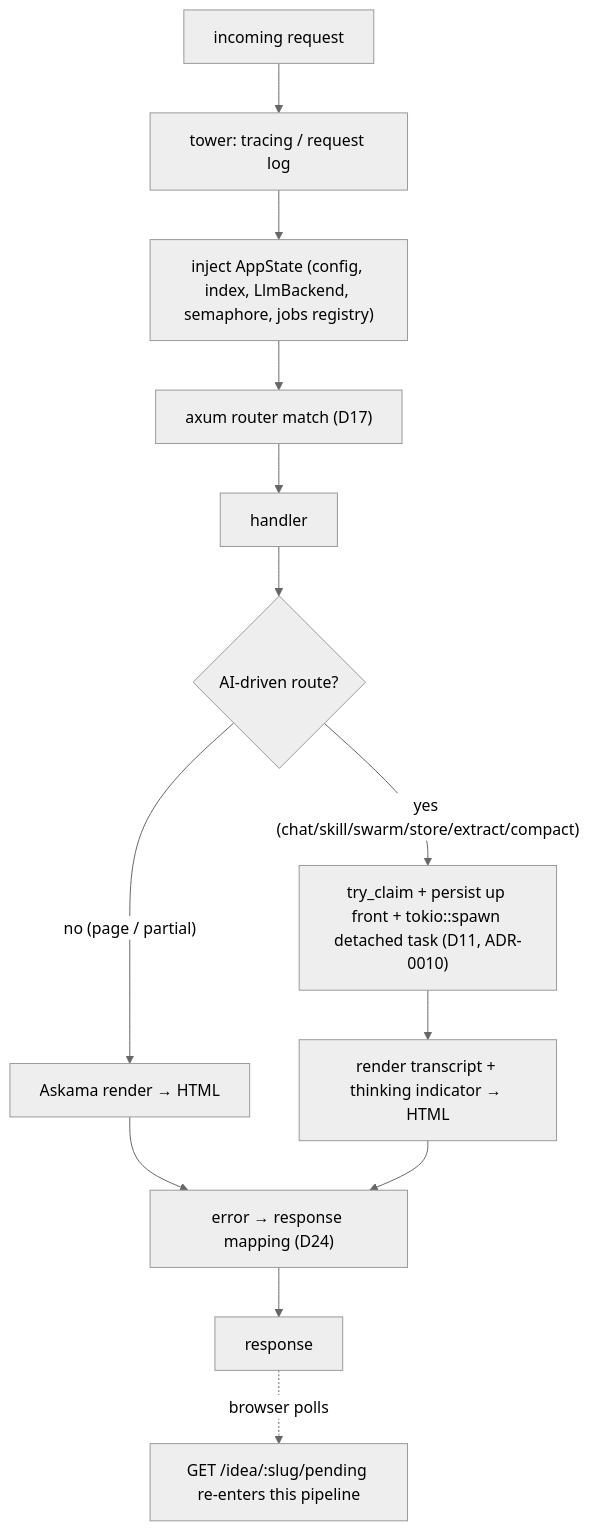
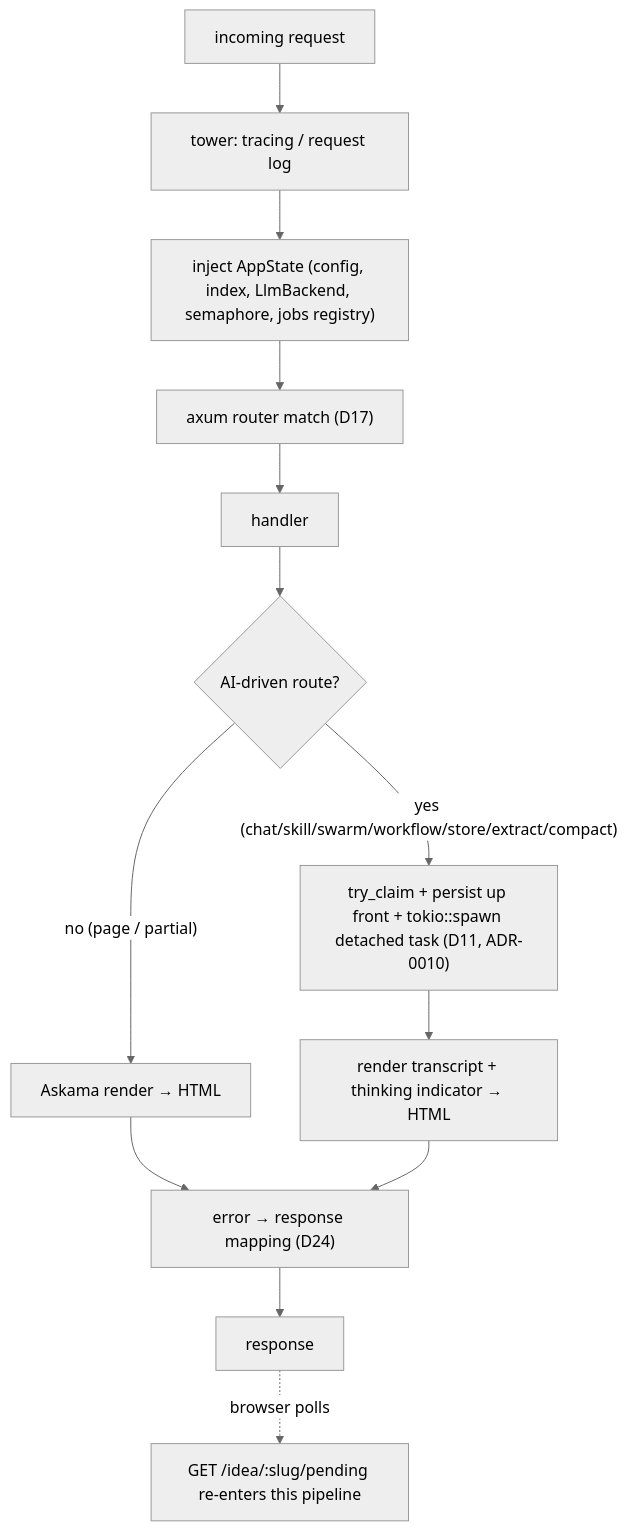
Before and after one commit to jasdian/idea-vault: the second of 2 diagrams in docs/09-web-ui.md, drawn with Mermaid (neutral theme). The commit also changed other lines of this file and 28 other files, not shown here.

First line of the commit message:
feat(ai,web): web access on both backends (ADR-0017) + workflow UI trigger (R22)

````diff
--- a/docs/09-web-ui.md
+++ b/docs/09-web-ui.md
@@ -96,15 +100,15 @@
 ```mermaid
 flowchart TD
     REQ["incoming request"] --> TRACE["tower: tracing / request log"]
     TRACE --> STATE["inject AppState (config, index, LlmBackend, semaphore, jobs registry)"]
     STATE --> ROUTE["axum router match (D17)"]
     ROUTE --> HANDLER["handler"]
     HANDLER --> BRANCH{"AI-driven route?"}
     BRANCH -- "no (page / partial)" --> RENDER["Askama render → HTML"]
-    BRANCH -- "yes (chat/skill/swarm/store/extract/compact)" --> JOBBR["try_claim + persist up front + tokio::spawn detached task (D11, ADR-0010)"]
+    BRANCH -- "yes (chat/skill/swarm/workflow/store/extract/compact)" --> JOBBR["try_claim + persist up front + tokio::spawn detached task (D11, ADR-0010)"]
     JOBBR --> RENDER2["render transcript + thinking indicator → HTML"]
     RENDER --> ERRMAP
     RENDER2 --> ERRMAP
     ERRMAP["error → response mapping (D24)"] --> RESP["response"]
     RESP -.->|"browser polls"| POLL["GET /idea/:slug/pending re-enters this pipeline"]
 ```
````
